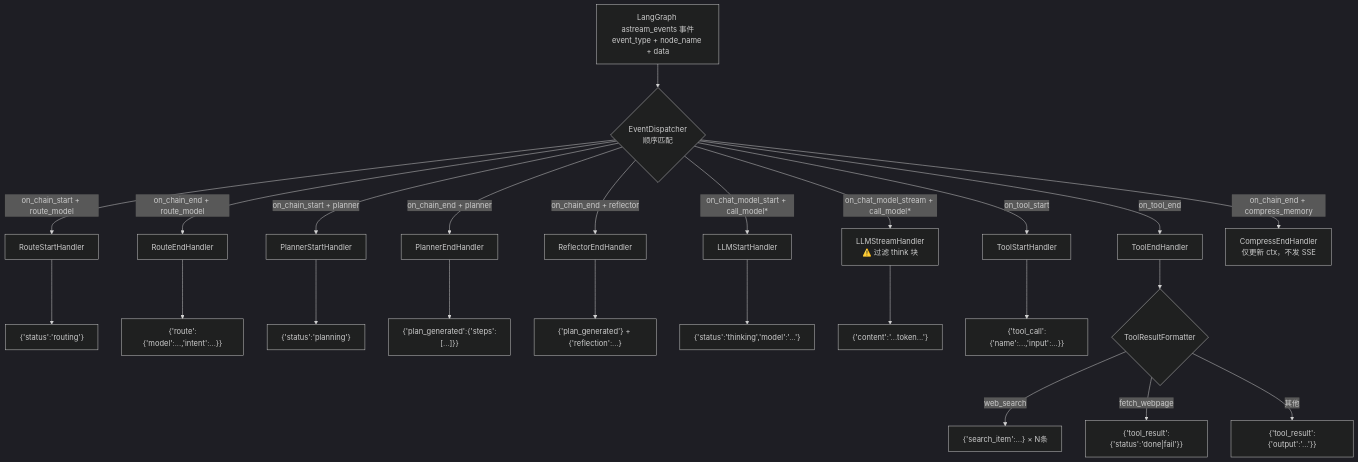
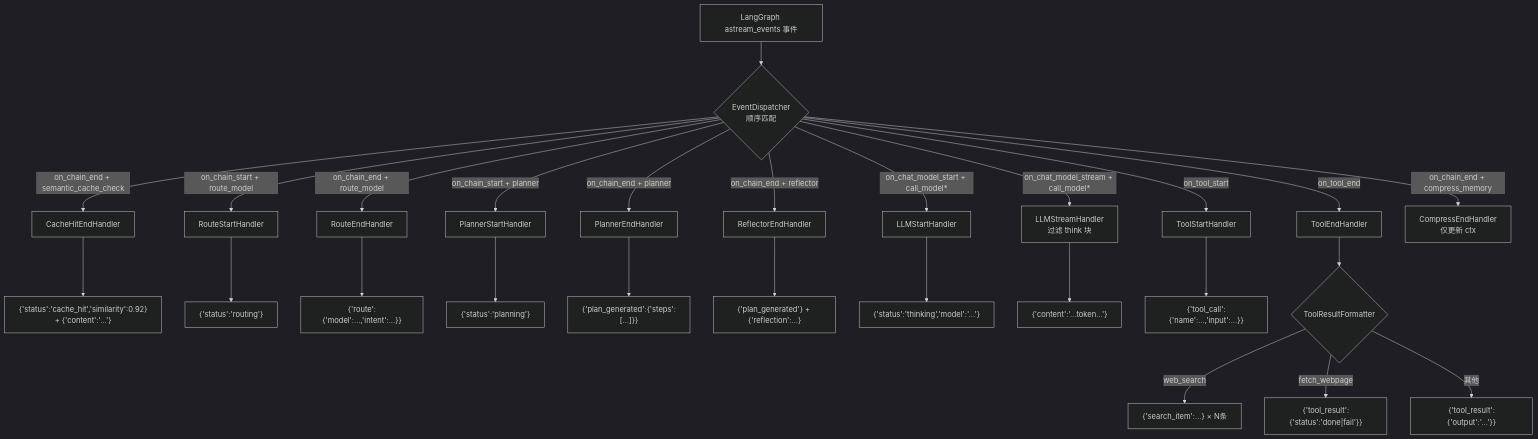
One commit to toolclub/wechat changed the tenth of 13 diagrams in llm-chat/backend/README.md. Above: the diagram before and after it, drawn with Mermaid (dark theme). The commit also changed other lines of this file and 38 other files, not shown here.

````diff
--- a/llm-chat/backend/README.md
+++ b/llm-chat/backend/README.md
@@ -424,30 +337,32 @@
 ```mermaid
 flowchart TD
-    EV["LangGraph astream_events 事件\nevent_type + node_name + data"]
+    EV["LangGraph astream_events 事件"]
 
     EV --> D{EventDispatcher\n顺序匹配}
 
+    D -->|on_chain_end + semantic_cache_check| H0["CacheHitEndHandler"]
     D -->|on_chain_start + route_model| H1["RouteStartHandler"]
     D -->|on_chain_end + route_model| H2["RouteEndHandler"]
     D -->|on_chain_start + planner| H3["PlannerStartHandler"]
     D -->|on_chain_end + planner| H4["PlannerEndHandler"]
     D -->|on_chain_end + reflector| H5["ReflectorEndHandler"]
     D -->|on_chat_model_start + call_model*| H6["LLMStartHandler"]
-    D -->|on_chat_model_stream + call_model*| H7["LLMStreamHandler\n⚠️ 过滤 think 块"]
+    D -->|on_chat_model_stream + call_model*| H7["LLMStreamHandler\n过滤 think 块"]
     D -->|on_tool_start| H8["ToolStartHandler"]
     D -->|on_tool_end| H9["ToolEndHandler"]
-    D -->|on_chain_end + compress_memory| H10["CompressEndHandler\n仅更新 ctx，不发 SSE"]
+    D -->|on_chain_end + compress_memory| H10["CompressEndHandler\n仅更新 ctx"]
 
+    H0 --> S0["{'status':'cache_hit','similarity':0.92}\n+ {'content':'...'}"]
     H1 --> S1["{'status':'routing'}"]
     H2 --> S2["{'route':{'model':...,'intent':...}}"]
     H3 --> S3["{'status':'planning'}"]
     H4 --> S4["{'plan_generated':{'steps':[...]}}"]
     H5 --> S5["{'plan_generated'} + {'reflection':...}"]
     H6 --> S6["{'status':'thinking','model':'...'}"]
     H7 --> S7["{'content':'...token...'}"]
     H8 --> S8["{'tool_call':{'name':...,'input':...}}"]
     H9 --> TF{"ToolResultFormatter"}
     TF -->|web_search| S9a["{'search_item':...} × N条"]
     TF -->|fetch_webpage| S9b["{'tool_result':{'status':'done|fail'}}"]
     TF -->|其他| S9c["{'tool_result':{'output':'...'}}"]
 ```
````
